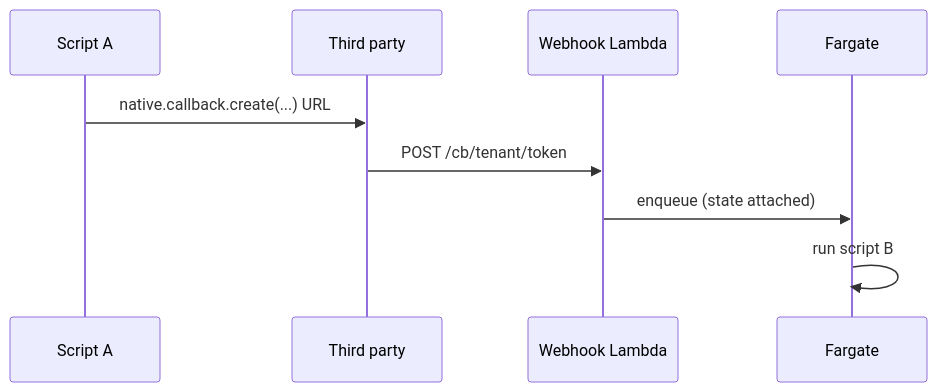
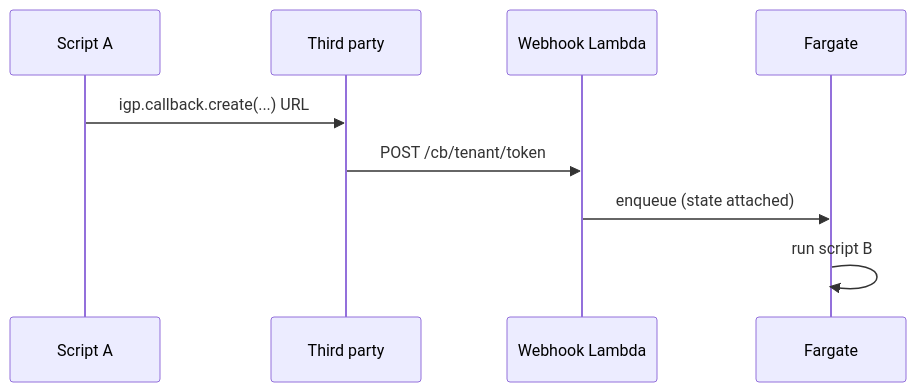
The seventh of 15 diagrams in docs/patterns.md (vivainio/integraal), drawn with Mermaid before and after one commit. The commit also changed other lines of this file and 104 other files, not shown here.

````diff
--- a/docs/patterns.md
+++ b/docs/patterns.md
@@ -76,11 +76,11 @@
 ```mermaid
 sequenceDiagram
     participant Script as Script A
     participant Third as Third party
     participant WH as Webhook Lambda
     participant W as Fargate
-    Script->>Third: native.callback.create(...) URL
+    Script->>Third: igp.callback.create(...) URL
     Third->>WH: POST /cb/tenant/token
     WH->>W: enqueue (state attached)
     W->>W: run script B
 ```
````
